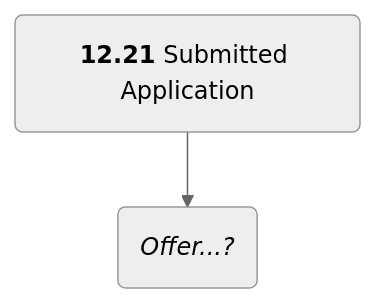
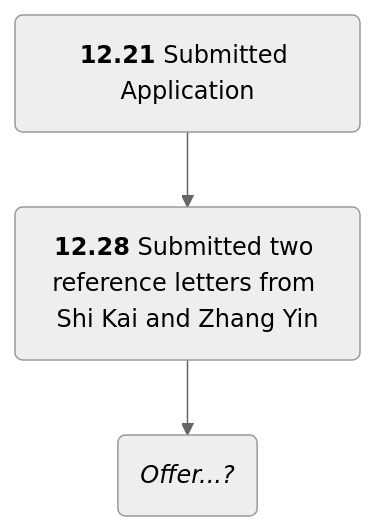
One commit to Revive-dontwanttocode/Revive-dontwanttocode.github.io changed diagram 11 of 14 in _posts/2023-12-15-24Fall申请记录.md. Above: the diagram before and after it, drawn with Mermaid (neutral theme). The commit also changed other lines of this file and 2 other files, not shown here.

````diff
--- a/_posts/2023-12-15-24Fall申请记录.md
+++ b/_posts/2023-12-15-24Fall申请记录.md
@@ -253,7 +255,10 @@
 ```mermaid
 flowchart
 Submitted("`**12.21** Submitted Application`")
+
+ReferenceLetter("`**12.28** Submitted two reference letters from Shi Kai and Zhang Yin`")
+
 Offer("`*Offer...?*`")
 
-Submitted --> Offer
+Submitted --> ReferenceLetter --> Offer
 ```
````
